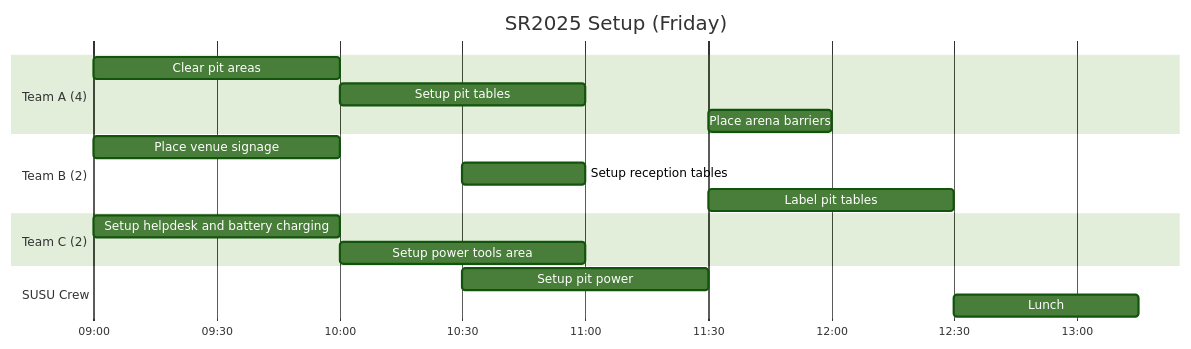
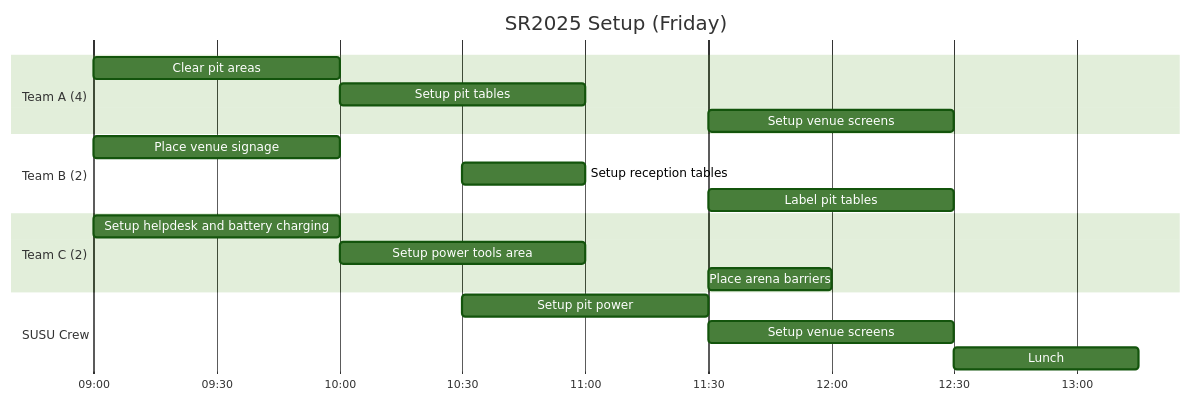
One commit to srobo/runbook changed the second of 2 diagrams in docs/competition/event/sr2025-setup.md. Above: the diagram before and after it, drawn with Mermaid (forest theme). The commit also changed other lines of this file, not shown here.

````diff
--- a/docs/competition/event/sr2025-setup.md
+++ b/docs/competition/event/sr2025-setup.md
@@ -56,24 +55,26 @@
 ```mermaid
 gantt
     title SR2025 Setup (Friday)
     dateFormat HH:mm
     axisFormat %H:%M
 
     section Team A (4)
     Clear pit areas :clearPitAreas, 09:00, 1h
     Setup pit tables :setupPitTables, after clearPitAreas, 1h
-    Place arena barriers :arenaBarriers, 11:30, 0.5h
+    Setup venue screens :setupVenueScreens, 11:30, 1h
 
     section Team B (2)
     Place venue signage :venueSignage, 09:00, 1h
     Setup reception tables :receptionTables, 10:30, 0.5h
     Label pit tables :labelPitTables, 11:30, 1h
 
     section Team C (2)
     Setup helpdesk and battery charging :setupHelpdesk, 09:00, 1h
     Setup power tools area :setupPowerTools, after setupHelpdesk, 1h
+    Place arena barriers :arenaBarriers, 11:30, 0.5h
 
     section SUSU Crew
     Setup pit power :setupPitPower, 10:30, 1h
+    Setup venue screens :setupVenueScreensSUSU, 11:30, 1h
     Lunch :lunchSUSU, 12:30, 45m
 ```
````
